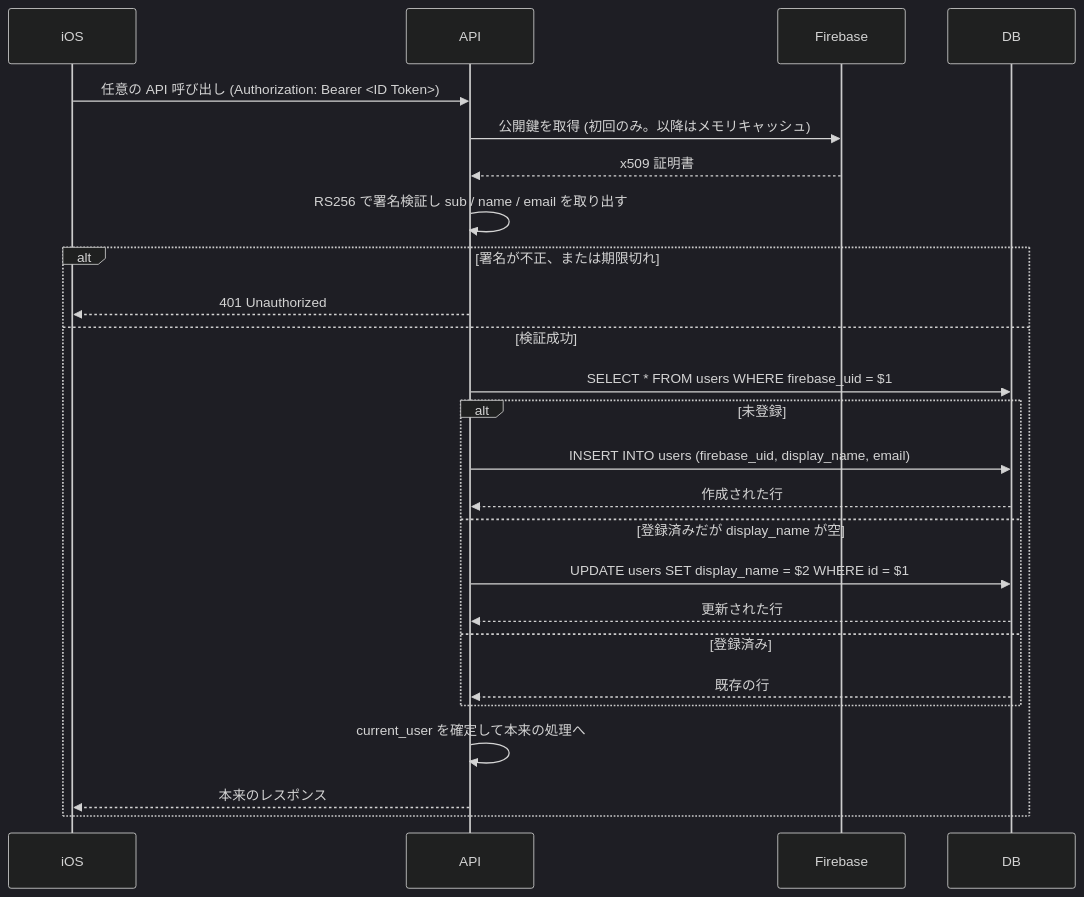
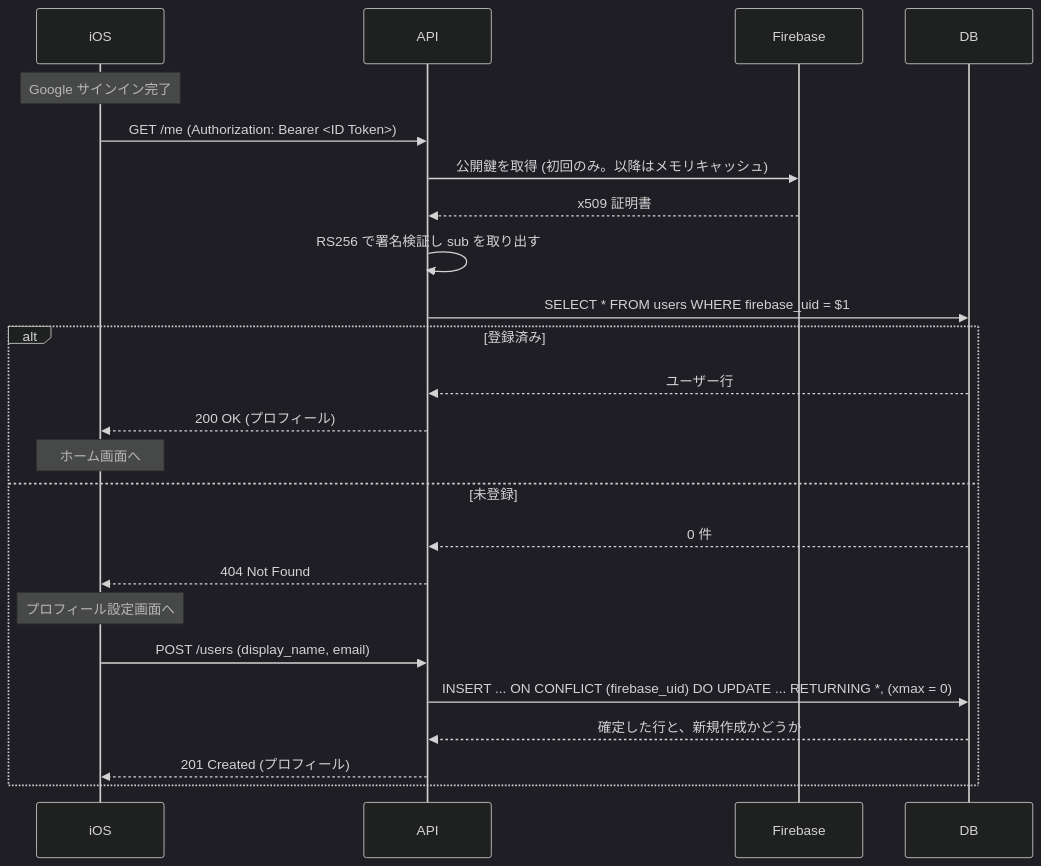
One commit to sawakishuto/himasoku-go changed the second of 4 diagrams in docs/usecases/onboarding.md. Above: the diagram before and after it, drawn with Mermaid (dark theme). The commit also changed other lines of this file and 1 other file, not shown here.

````diff
--- a/docs/usecases/onboarding.md
+++ b/docs/usecases/onboarding.md
@@ -18,29 +71,28 @@
 ```mermaid
 sequenceDiagram
     participant iOS
     participant API
     participant Firebase
     participant DB
 
-    iOS->>API: 任意の API 呼び出し (Authorization: Bearer <ID Token>)
+    Note over iOS: Google サインイン完了
+    iOS->>API: GET /me (Authorization: Bearer <ID Token>)
     API->>Firebase: 公開鍵を取得 (初回のみ。以降はメモリキャッシュ)
     Firebase-->>API: x509 証明書
-    API->>API: RS256 で署名検証し sub / name / email を取り出す
+    API->>API: RS256 で署名検証し sub を取り出す
+    API->>DB: SELECT * FROM users WHERE firebase_uid = $1
 
-    alt 署名が不正、または期限切れ
-        API-->>iOS: 401 Unauthorized
-    else 検証成功
-        API->>DB: SELECT * FROM users WHERE firebase_uid = $1
-        alt 未登録
-            API->>DB: INSERT INTO users (firebase_uid, display_name, email)
-            DB-->>API: 作成された行
-        else 登録済みだが display_name が空
-            API->>DB: UPDATE users SET display_name = $2 WHERE id = $1
-            DB-->>API: 更新された行
-        else 登録済み
-            DB-->>API: 既存の行
-        end
-        API->>API: current_user を確定して本来の処理へ
-        API-->>iOS: 本来のレスポンス
+    alt 登録済み
+        DB-->>API: ユーザー行
+        API-->>iOS: 200 OK (プロフィール)
+        Note over iOS: ホーム画面へ
+    else 未登録
+        DB-->>API: 0 件
+        API-->>iOS: 404 Not Found
+        Note over iOS: プロフィール設定画面へ
+        iOS->>API: POST /users (display_name, email)
+        API->>DB: INSERT ... ON CONFLICT (firebase_uid) DO UPDATE ... RETURNING *, (xmax = 0)
+        DB-->>API: 確定した行と、新規作成かどうか
+        API-->>iOS: 201 Created (プロフィール)
     end
 ```
````
